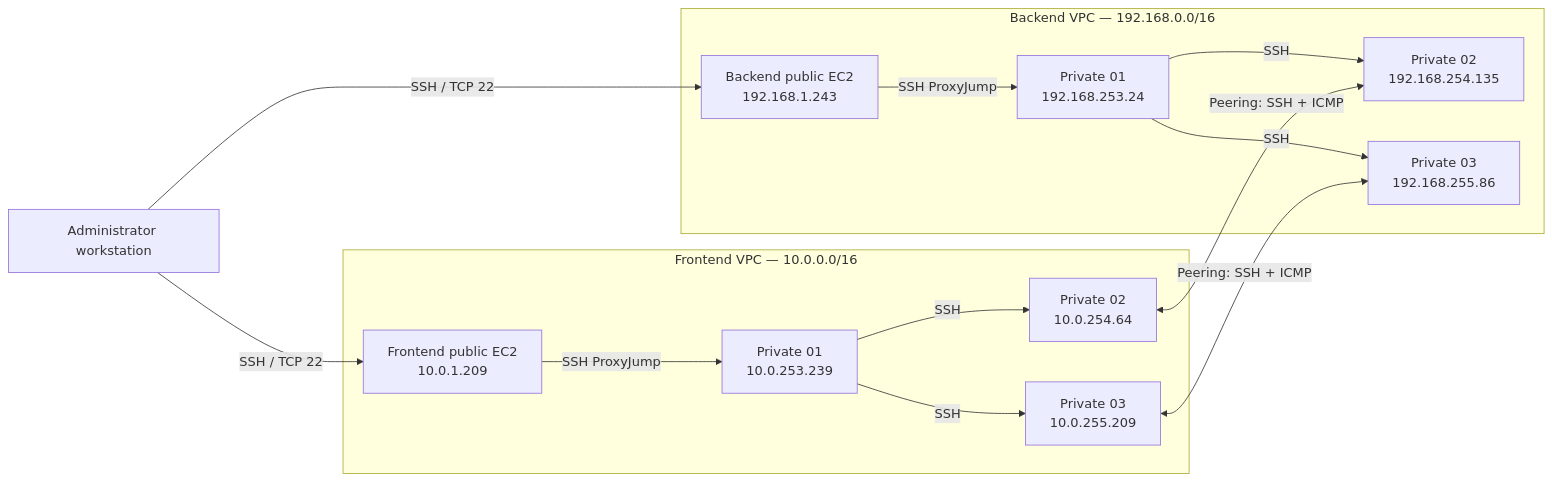
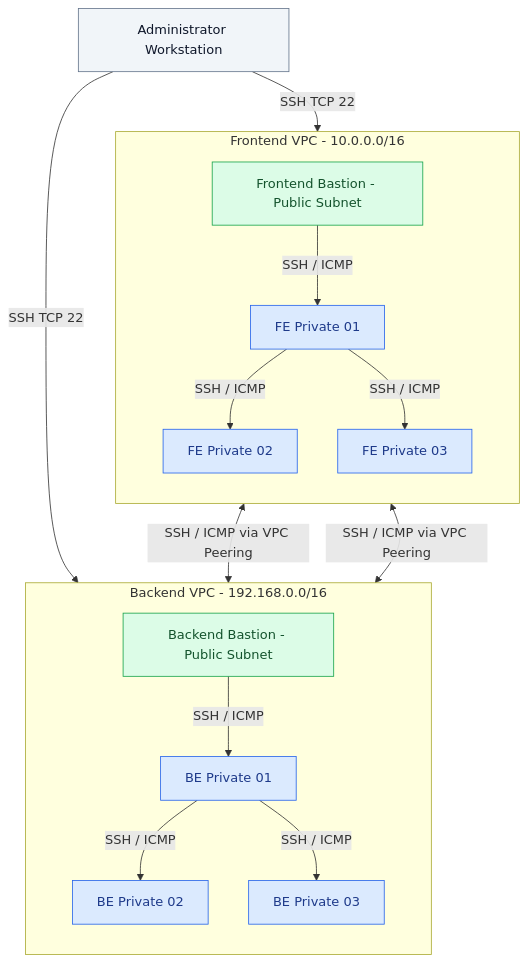
Before and after one commit to han-ni-htun/aws-vpc-peering-terraform-vcs: the diagram in README.md, drawn with Mermaid. The commit also changed other lines of this file and 3 other files, not shown here.

Commit message:
docs: finalize VPC peering CI/CD documentation

````diff
--- a/README.md
+++ b/README.md
@@ -31,20 +36,42 @@
 ```mermaid
-flowchart LR
-    U[Administrator workstation] -->|SSH / TCP 22| FP[Frontend public EC2\n10.0.1.209]
-    U -->|SSH / TCP 22| BP[Backend public EC2\n192.168.1.243]
+flowchart TB
+    Admin["Administrator Workstation"]
 
-    subgraph FE[Frontend VPC — 10.0.0.0/16]
-        FP -->|SSH ProxyJump| F1[Private 01\n10.0.253.239]
-        F1 -->|SSH| F2[Private 02\n10.0.254.64]
-        F1 -->|SSH| F3[Private 03\n10.0.255.209]
+    subgraph FE["Frontend VPC - 10.0.0.0/16"]
+        direction TB
+        FEB["Frontend Bastion - Public Subnet"]
+        FE1["FE Private 01"]
+        FE2["FE Private 02"]
+        FE3["FE Private 03"]
+
+        FEB -->|SSH / ICMP| FE1
+        FE1 -->|SSH / ICMP| FE2
+        FE1 -->|SSH / ICMP| FE3
     end
 
-    subgraph BE[Backend VPC — 192.168.0.0/16]
-        BP -->|SSH ProxyJump| B1[Private 01\n192.168.253.24]
-        B1 -->|SSH| B2[Private 02\n192.168.254.135]
-        B1 -->|SSH| B3[Private 03\n192.168.255.86]
+    subgraph BE["Backend VPC - 192.168.0.0/16"]
+        direction TB
+        BEB["Backend Bastion - Public Subnet"]
+        BE1["BE Private 01"]
+        BE2["BE Private 02"]
+        BE3["BE Private 03"]
+
+        BEB -->|SSH / ICMP| BE1
+        BE1 -->|SSH / ICMP| BE2
+        BE1 -->|SSH / ICMP| BE3
     end
 
-    F2 <-->|Peering: SSH + ICMP| B2
-    F3 <-->|Peering: SSH + ICMP| B3
+    Admin -->|SSH TCP 22| FEB
+    Admin -->|SSH TCP 22| BEB
+
+    FE2 <-->|SSH / ICMP via VPC Peering| BE2
+    FE3 <-->|SSH / ICMP via VPC Peering| BE3
+
+    classDef public fill:#dcfce7,stroke:#16a34a,color:#14532d
+    classDef private fill:#dbeafe,stroke:#2563eb,color:#1e3a8a
+    classDef admin fill:#f1f5f9,stroke:#64748b,color:#0f172a
+
+    class FEB,BEB public
+    class FE1,FE2,FE3,BE1,BE2,BE3 private
+    class Admin admin
 ```
````
